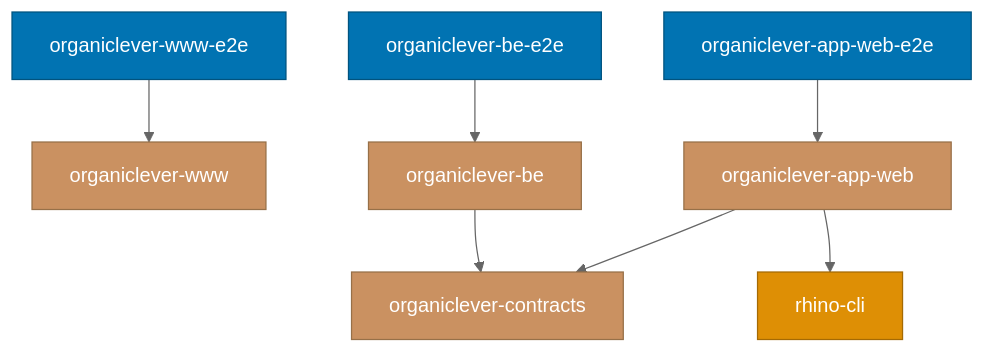
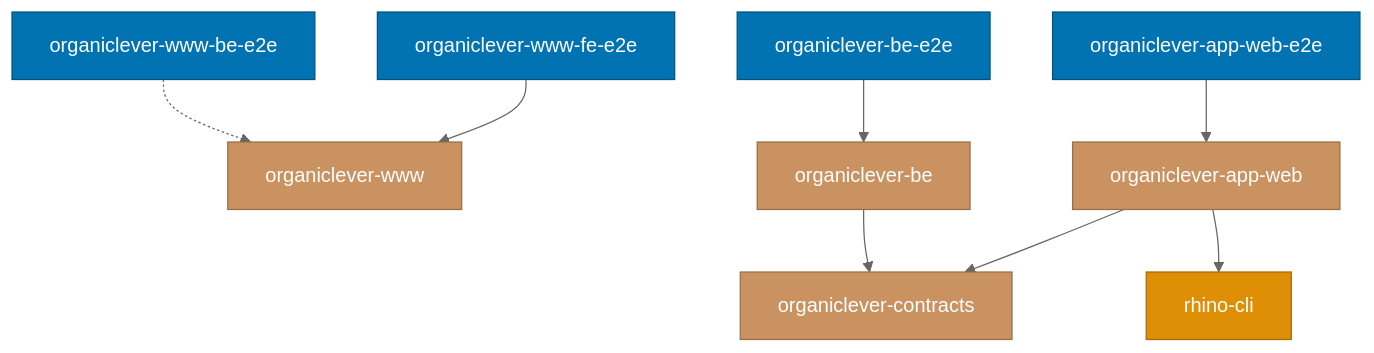
Before and after one commit to wahidyankf/baseerah: the second of 2 diagrams in docs/reference/project-dependency-graph.md, drawn with Mermaid (neutral theme). The commit also changed other lines of this file and 42 other files, not shown here.

First line of the commit message:
ci(workflows): restructure www tier + reusables, split organiclever-www e2e

````diff
--- a/docs/reference/project-dependency-graph.md
+++ b/docs/reference/project-dependency-graph.md
@@ -93,32 +93,34 @@
 ```mermaid
 graph TD
   %% E2E tests (top level)
-  OLWWWE2E[organiclever-www-e2e]
+  OLWWWFEE2E[organiclever-www-fe-e2e]
+  OLWWWBEE2E[organiclever-www-be-e2e]
   OLAPPE2E[organiclever-app-web-e2e]
   OLBE2E[organiclever-be-e2e]
 
   %% Apps
   OLWWW[organiclever-www]
   OLAPP[organiclever-app-web]
   OLB[organiclever-be]
 
   %% Shared
   OLC[organiclever-contracts]
   RC[rhino-cli]
 
   %% Edges
-  OLWWWE2E --> OLWWW
+  OLWWWFEE2E --> OLWWW
+  OLWWWBEE2E -.-> OLWWW
   OLAPPE2E --> OLAPP
   OLBE2E --> OLB
   OLAPP --> OLC
   OLAPP --> RC
   OLB --> OLC
 
   classDef cli fill:#DE8F05,stroke:#A56A04,color:#FFFFFF
   classDef product fill:#CA9161,stroke:#977048,color:#FFFFFF
   classDef e2e fill:#0173B2,stroke:#01537F,color:#FFFFFF
 
   class RC cli
   class OLWWW,OLAPP,OLB,OLC product
-  class OLWWWE2E,OLAPPE2E,OLBE2E e2e
+  class OLWWWFEE2E,OLWWWBEE2E,OLAPPE2E,OLBE2E e2e
 ```
````
